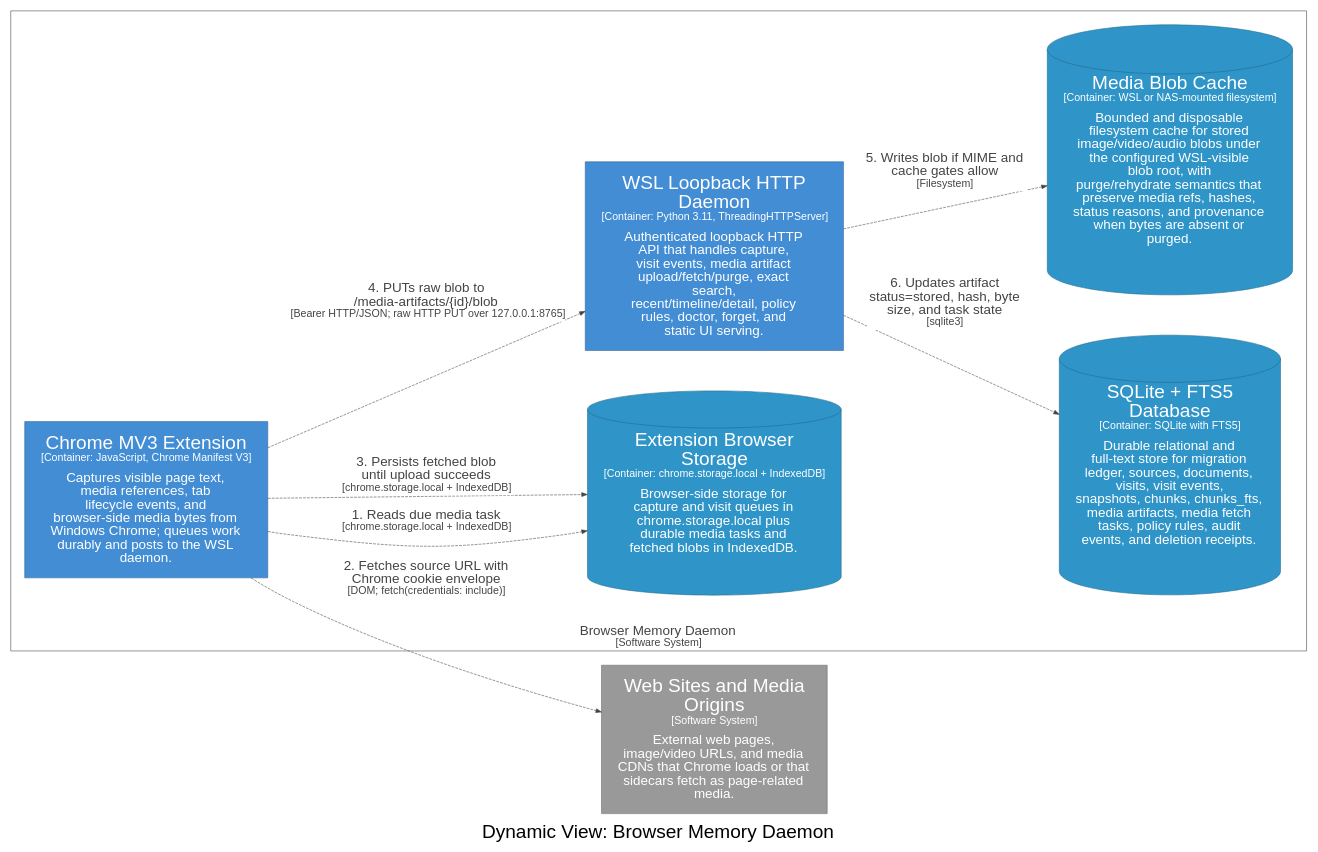
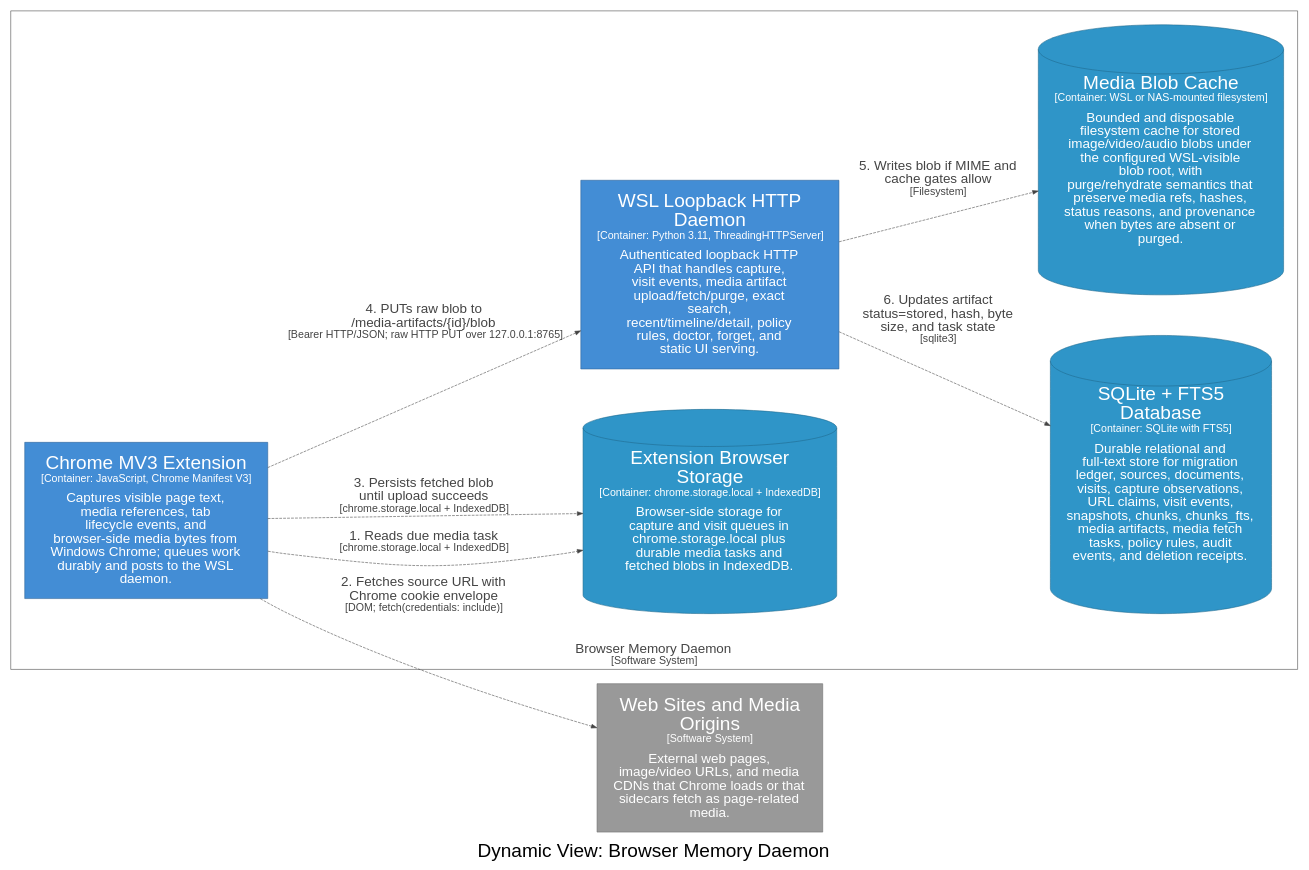
One commit to michaelnicks0/browser-memory-daemon changed the diagram in docs/architecture/diagrams/dot/structurizr-CredentialedMediaSidecarFlow.dot. Above: the diagram before and after it, drawn with Graphviz. The commit also changed 162 other files, not shown here.

Commit message:
feat(model): add capture observations and URL claims

```diff
--- a/docs/architecture/diagrams/dot/structurizr-CredentialedMediaSidecarFlow.dot
+++ b/docs/architecture/diagrams/dot/structurizr-CredentialedMediaSidecarFlow.dot
@@ -1,32 +1,32 @@
 digraph {
   compound=true
   graph [fontname="Arial", rankdir=LR, ranksep=1.0, nodesep=1.0]
   node [fontname="Arial", shape=box, margin="0.4,0.3"]
   edge [fontname="Arial"]
   label=<<br /><font point-size="34">Dynamic View: Browser Memory Daemon</font>>
 
   subgraph cluster_4 {
     margin=25
     label=<<font point-size="24"><br />Browser Memory Daemon</font><br /><font point-size="19">[Software System]</font>>
     labelloc=b
     color="#444444"
     fontcolor="#444444"
     fillcolor="#444444"
 
     13 [id=13,shape=cylinder, label=<<font point-size="34">Extension Browser<br />Storage</font><br /><font point-size="19">[Container: chrome.storage.local + IndexedDB]</font><br /><br /><font point-size="24">Browser-side storage for<br />capture and visit queues in<br />chrome.storage.local plus<br />durable media tasks and<br />fetched blobs in IndexedDB.</font>>, style=filled, color="#20688c", fillcolor="#2f95c8", fontcolor="#ffffff"]
     14 [id=14,shape=rect, label=<<font point-size="34">WSL Loopback HTTP<br />Daemon</font><br /><font point-size="19">[Container: Python 3.11, ThreadingHTTPServer]</font><br /><br /><font point-size="24">Authenticated loopback HTTP<br />API that handles capture,<br />visit events, media artifact<br />upload/fetch/purge, exact<br />search,<br />recent/timeline/detail, policy<br />rules, doctor, forget, and<br />static UI serving.</font>>, style=filled, color="#2e6295", fillcolor="#438dd5", fontcolor="#ffffff"]
-    28 [id=28,shape=cylinder, label=<<font point-size="34">SQLite + FTS5<br />Database</font><br /><font point-size="19">[Container: SQLite with FTS5]</font><br /><br /><font point-size="24">Durable relational and<br />full-text store for migration<br />ledger, sources, documents,<br />visits, visit events,<br />snapshots, chunks, chunks_fts,<br />media artifacts, media fetch<br />tasks, policy rules, audit<br />events, and deletion receipts.</font>>, style=filled, color="#20688c", fillcolor="#2f95c8", fontcolor="#ffffff"]
+    28 [id=28,shape=cylinder, label=<<font point-size="34">SQLite + FTS5<br />Database</font><br /><font point-size="19">[Container: SQLite with FTS5]</font><br /><br /><font point-size="24">Durable relational and<br />full-text store for migration<br />ledger, sources, documents,<br />visits, capture observations,<br />URL claims, visit events,<br />snapshots, chunks, chunks_fts,<br />media artifacts, media fetch<br />tasks, policy rules, audit<br />events, and deletion receipts.</font>>, style=filled, color="#20688c", fillcolor="#2f95c8", fontcolor="#ffffff"]
     30 [id=30,shape=cylinder, label=<<font point-size="34">Media Blob Cache</font><br /><font point-size="19">[Container: WSL or NAS-mounted filesystem]</font><br /><br /><font point-size="24">Bounded and disposable<br />filesystem cache for stored<br />image/video/audio blobs under<br />the configured WSL-visible<br />blob root, with<br />purge/rehydrate semantics that<br />preserve media refs, hashes,<br />status reasons, and provenance<br />when bytes are absent or<br />purged.</font>>, style=filled, color="#20688c", fillcolor="#2f95c8", fontcolor="#ffffff"]
     5 [id=5,shape=rect, label=<<font point-size="34">Chrome MV3 Extension</font><br /><font point-size="19">[Container: JavaScript, Chrome Manifest V3]</font><br /><br /><font point-size="24">Captures visible page text,<br />media references, tab<br />lifecycle events, and<br />browser-side media bytes from<br />Windows Chrome; queues work<br />durably and posts to the WSL<br />daemon.</font>>, style=filled, color="#2e6295", fillcolor="#438dd5", fontcolor="#ffffff"]
   }
 
   3 [id=3,shape=rect, label=<<font point-size="34">Web Sites and Media<br />Origins</font><br /><font point-size="19">[Software System]</font><br /><br /><font point-size="24">External web pages,<br />image/video URLs, and media<br />CDNs that Chrome loads or that<br />sidecars fetch as page-related<br />media.</font>>, style=filled, color="#6b6b6b", fillcolor="#999999", fontcolor="#ffffff"]
 
-  5 -> 13 [id=38, label=<<TABLE BORDER="0" CELLBORDER="0" CELLSPACING="0" CELLPADDING="4" BGCOLOR="white"><TR><TD><font point-size="24">1. Reads due media task</font><br /><font point-size="19">[chrome.storage.local + IndexedDB]</font></TD></TR></TABLE>>, style="dashed", color="#444444", fontcolor="#444444"]
-  5 -> 3 [id=37, label=<<TABLE BORDER="0" CELLBORDER="0" CELLSPACING="0" CELLPADDING="4" BGCOLOR="white"><TR><TD><font point-size="24">2. Fetches source URL with<br />Chrome cookie envelope</font><br /><font point-size="19">[DOM; fetch(credentials: include)]</font></TD></TR></TABLE>>, style="dashed", color="#444444", fontcolor="#444444"]
-  5 -> 13 [id=38, label=<<TABLE BORDER="0" CELLBORDER="0" CELLSPACING="0" CELLPADDING="4" BGCOLOR="white"><TR><TD><font point-size="24">3. Persists fetched blob<br />until upload succeeds</font><br /><font point-size="19">[chrome.storage.local + IndexedDB]</font></TD></TR></TABLE>>, style="dashed", color="#444444", fontcolor="#444444"]
-  5 -> 14 [id=39, label=<<TABLE BORDER="0" CELLBORDER="0" CELLSPACING="0" CELLPADDING="4" BGCOLOR="white"><TR><TD><font point-size="24">4. PUTs raw blob to<br />/media-artifacts/{id}/blob</font><br /><font point-size="19">[Bearer HTTP/JSON; raw HTTP PUT over 127.0.0.1:8765]</font></TD></TR></TABLE>>, style="dashed", color="#444444", fontcolor="#444444"]
-  14 -> 30 [id=46, label=<<TABLE BORDER="0" CELLBORDER="0" CELLSPACING="0" CELLPADDING="4" BGCOLOR="white"><TR><TD><font point-size="24">5. Writes blob if MIME and<br />cache gates allow</font><br /><font point-size="19">[Filesystem]</font></TD></TR></TABLE>>, style="dashed", color="#444444", fontcolor="#444444"]
-  14 -> 28 [id=44, label=<<TABLE BORDER="0" CELLBORDER="0" CELLSPACING="0" CELLPADDING="4" BGCOLOR="white"><TR><TD><font point-size="24">6. Updates artifact<br />status=stored, hash, byte<br />size, and task state</font><br /><font point-size="19">[sqlite3]</font></TD></TR></TABLE>>, style="dashed", color="#444444", fontcolor="#444444"]
+  5 -> 13 [id=38, label=<<font point-size="24">1. Reads due media task</font><br /><font point-size="19">[chrome.storage.local + IndexedDB]</font>>, style="dashed", color="#444444", fontcolor="#444444"]
+  5 -> 3 [id=37, label=<<font point-size="24">2. Fetches source URL with<br />Chrome cookie envelope</font><br /><font point-size="19">[DOM; fetch(credentials: include)]</font>>, style="dashed", color="#444444", fontcolor="#444444"]
+  5 -> 13 [id=38, label=<<font point-size="24">3. Persists fetched blob<br />until upload succeeds</font><br /><font point-size="19">[chrome.storage.local + IndexedDB]</font>>, style="dashed", color="#444444", fontcolor="#444444"]
+  5 -> 14 [id=39, label=<<font point-size="24">4. PUTs raw blob to<br />/media-artifacts/{id}/blob</font><br /><font point-size="19">[Bearer HTTP/JSON; raw HTTP PUT over 127.0.0.1:8765]</font>>, style="dashed", color="#444444", fontcolor="#444444"]
+  14 -> 30 [id=46, label=<<font point-size="24">5. Writes blob if MIME and<br />cache gates allow</font><br /><font point-size="19">[Filesystem]</font>>, style="dashed", color="#444444", fontcolor="#444444"]
+  14 -> 28 [id=44, label=<<font point-size="24">6. Updates artifact<br />status=stored, hash, byte<br />size, and task state</font><br /><font point-size="19">[sqlite3]</font>>, style="dashed", color="#444444", fontcolor="#444444"]
 
 }
```
